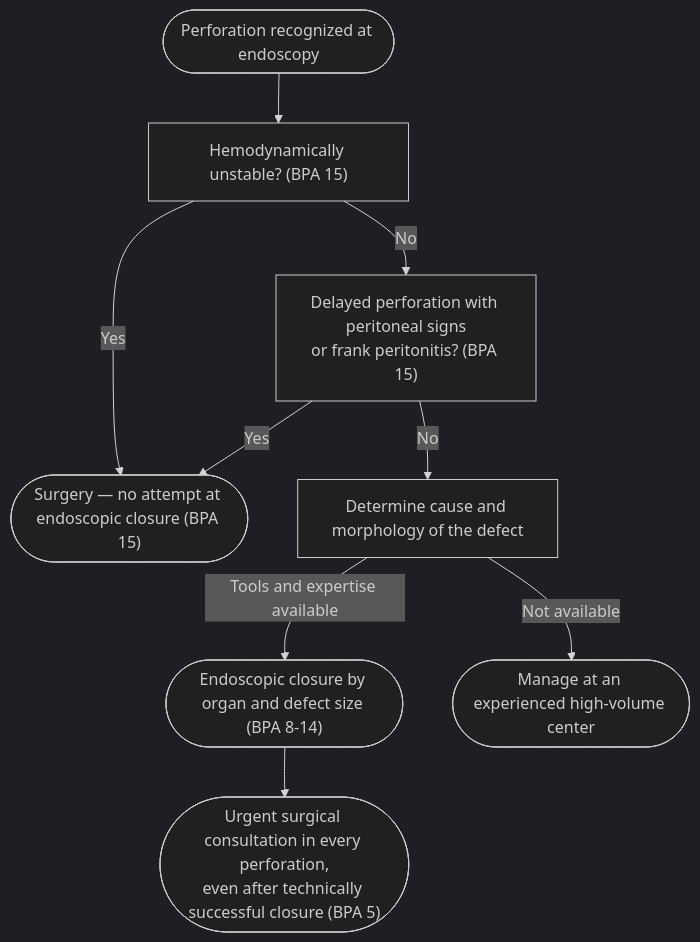
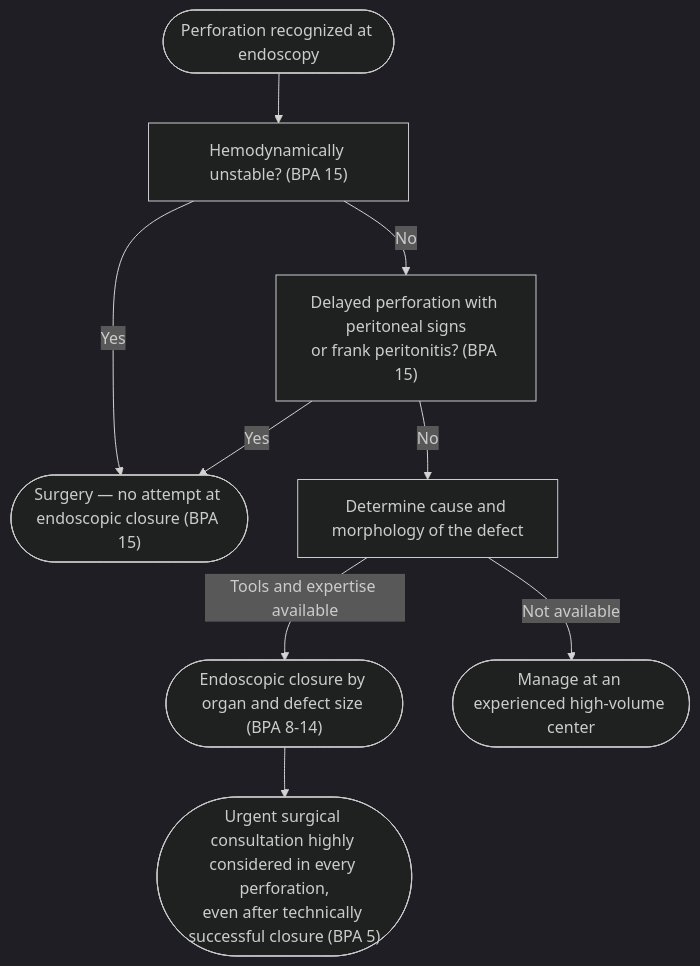
The diagram in KHNL-GI-Wiki/wiki/3-general-gi-procedures/endoscopic-management-of-perforation.md (KHNickLeMD/KHNL-GI-Wiki), drawn with Mermaid (dark theme) before and after one commit. The commit also changed other lines of this file and 497 other files, not shown here.

````diff
--- a/KHNL-GI-Wiki/wiki/3-general-gi-procedures/endoscopic-management-of-perforation.md
+++ b/KHNL-GI-Wiki/wiki/3-general-gi-procedures/endoscopic-management-of-perforation.md
@@ -38,15 +39,15 @@
 ```mermaid
 flowchart TD
     A(["Perforation recognized at endoscopy"]) --> B["Hemodynamically unstable? (BPA 15)"]
     B -- "Yes" --> S(["Surgery — no attempt at endoscopic closure (BPA 15)"])
     B -- "No" --> C["Delayed perforation with peritoneal signs<br/>or frank peritonitis? (BPA 15)"]
     C -- "Yes" --> S
     C -- "No" --> D["Determine cause and morphology of the defect"]
     D -- "Tools and expertise available" --> E(["Endoscopic closure by organ and defect size (BPA 8-14)"])
     D -- "Not available" --> T(["Manage at an experienced high-volume center"])
-    E --> F(["Urgent surgical consultation in every perforation,<br/>even after technically successful closure (BPA 5)"])
+    E --> F(["Urgent surgical consultation highly considered in every perforation,<br/>even after technically successful closure (BPA 5)"])
     class A start
     class B,C,D test
     class E,F act
     class S,T stop
 ```
````
